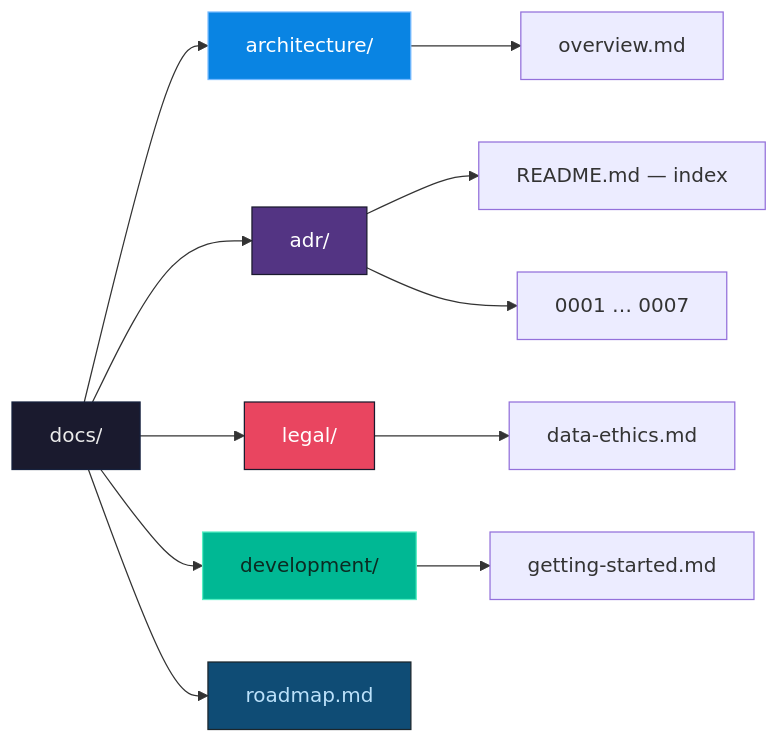
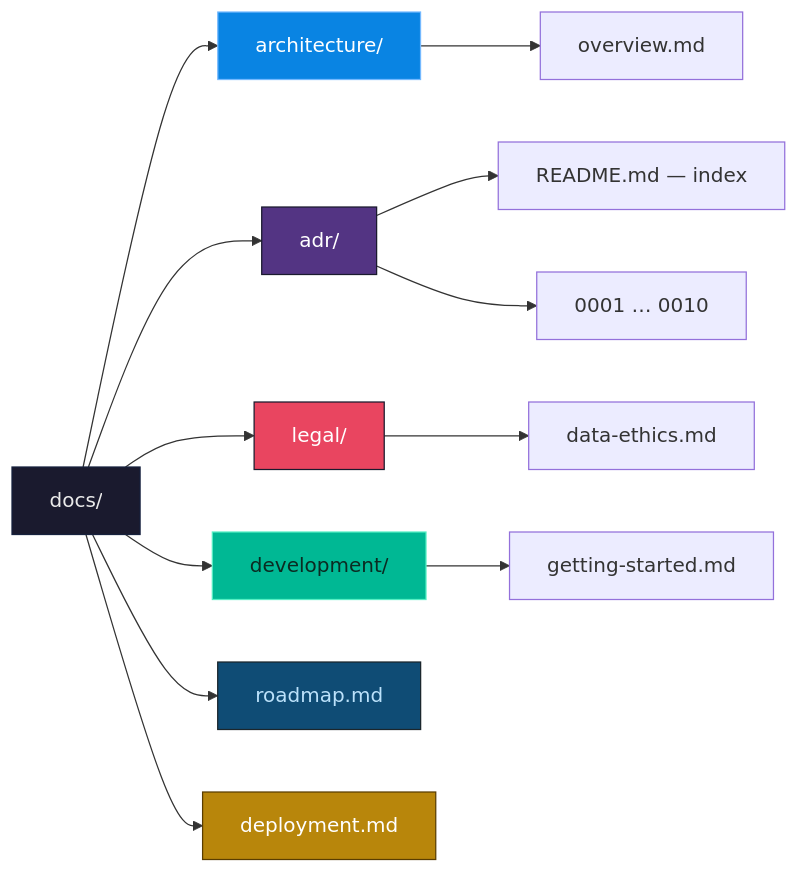
One commit to FullFran/cordvba changed the diagram in docs/README.md. Above: the diagram before and after it, drawn with Mermaid. The commit also changed other lines of this file, not shown here.

First line of the commit message:
docs: add the deployment guide to the documentation index

````diff
--- a/docs/README.md
+++ b/docs/README.md
@@ -8,23 +8,25 @@
 ```mermaid
 flowchart LR
     ROOT["docs/"]
 
     ROOT --> ARCH["architecture/"]
     ROOT --> ADR["adr/"]
     ROOT --> LEGAL["legal/"]
     ROOT --> DEV["development/"]
     ROOT --> RM["roadmap.md"]
+    ROOT --> DEP["deployment.md"]
 
     ARCH --> A1["overview.md"]
     ADR --> AD0["README.md — index"]
-    ADR --> AD1["0001 … 0007"]
+    ADR --> AD1["0001 … 0010"]
     LEGAL --> L1["data-ethics.md"]
     DEV --> D1["getting-started.md"]
 
     style ROOT fill:#1a1a2e,stroke:#16213e,color:#eaeaea
     style ARCH fill:#0984e3,stroke:#74b9ff,color:#fff
     style ADR fill:#533483,stroke:#1a1a2e,color:#fff
     style LEGAL fill:#e94560,stroke:#1a1a2e,color:#fff
     style DEV fill:#00b894,stroke:#55efc4,color:#0b2b22
     style RM fill:#0f4c75,stroke:#1b262c,color:#bbe1fa
+    style DEP fill:#b8860b,stroke:#5a3d00,color:#fff
 ```
````
